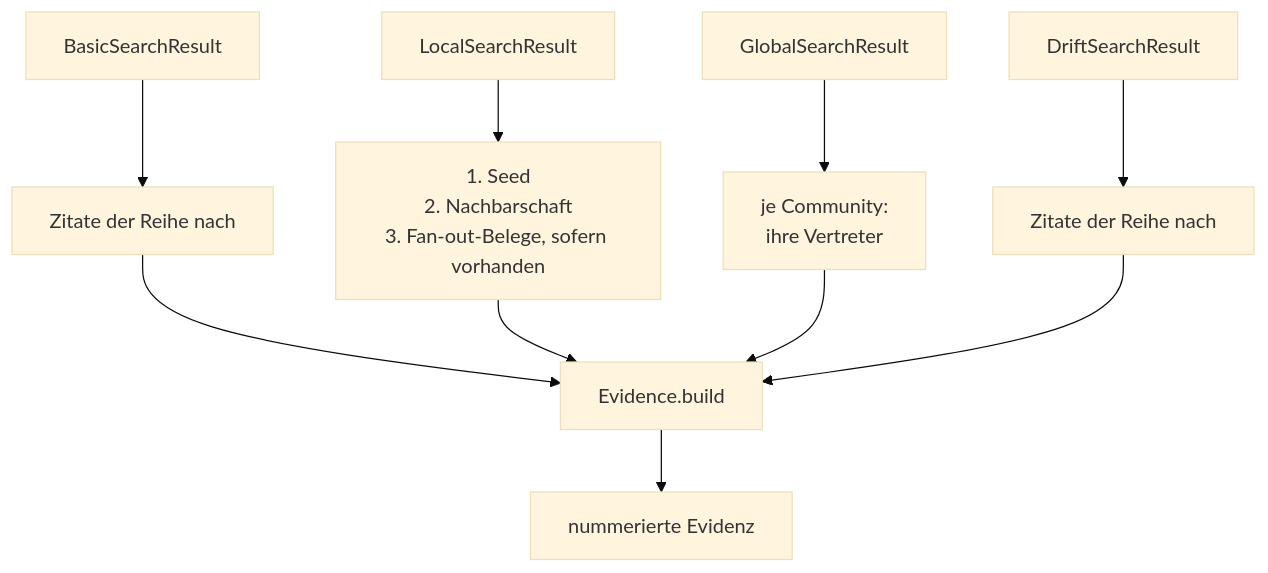
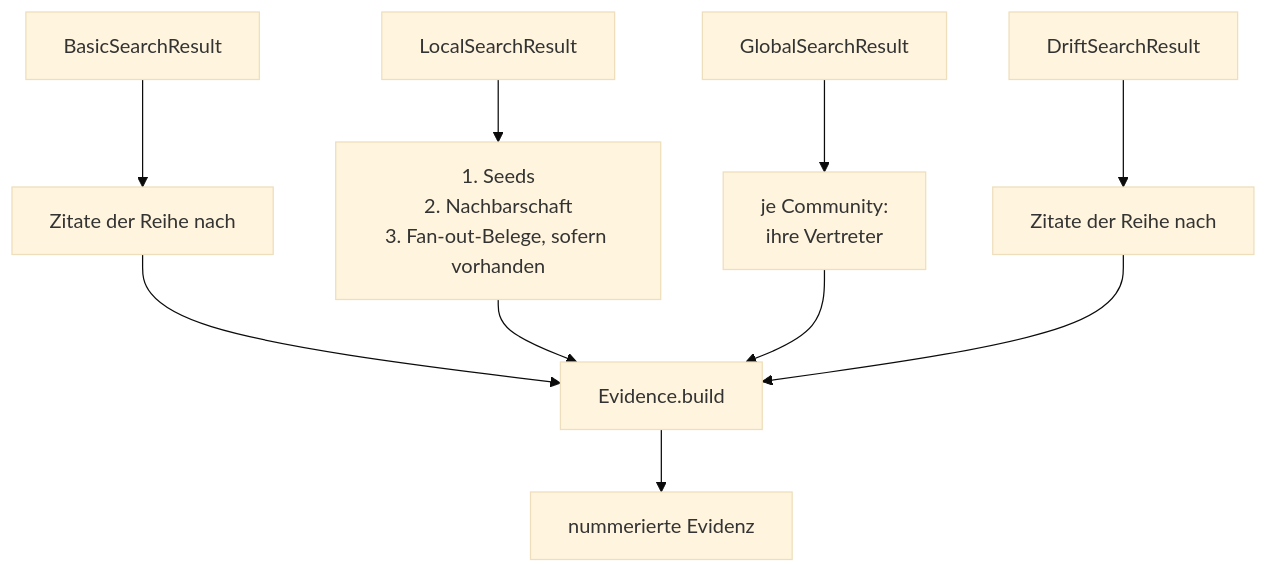
The first of 2 diagrams in src/research_graphrag/generation/doc/evidence.md (MomoEngineer/research-graphrag), drawn with Mermaid (base theme) before and after one commit. The commit also changed other lines of this file and 29 other files, not shown here.

First line of the commit message:
Implement multi-seed support in local search retrieval

````diff
--- a/src/research_graphrag/generation/doc/evidence.md
+++ b/src/research_graphrag/generation/doc/evidence.md
@@ -31,12 +31,12 @@
 ```mermaid
 flowchart TD
     B["BasicSearchResult"] --> EB["Zitate der Reihe nach"]
-    L["LocalSearchResult"] --> EL["1. Seed<br/>2. Nachbarschaft<br/>3. Fan-out-Belege, sofern vorhanden"]
+    L["LocalSearchResult"] --> EL["1. Seeds<br/>2. Nachbarschaft<br/>3. Fan-out-Belege, sofern vorhanden"]
     G["GlobalSearchResult"] --> EG["je Community:<br/>ihre Vertreter"]
     D["DriftSearchResult"] --> ED["Zitate der Reihe nach"]
     EB --> BU["Evidence.build"]
     EL --> BU
     EG --> BU
     ED --> BU
     BU --> EV["nummerierte Evidenz"]
 ```
````
